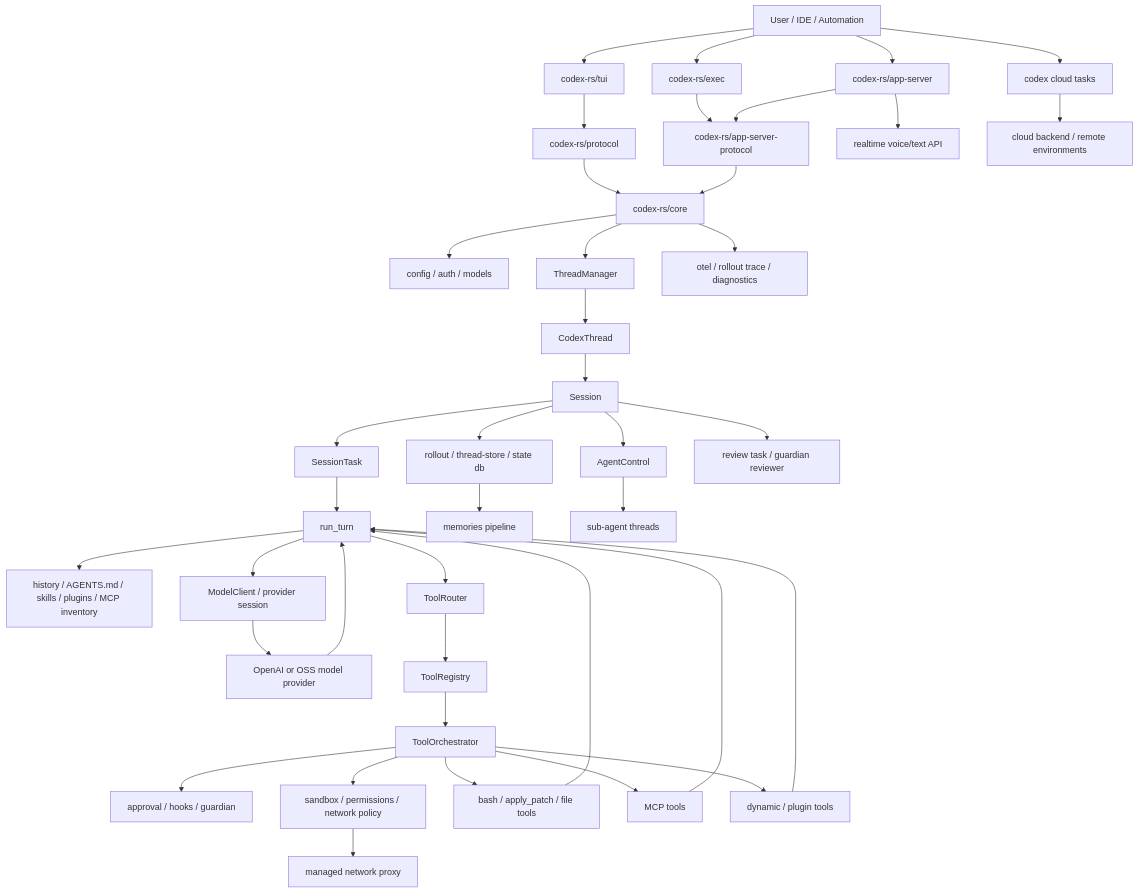
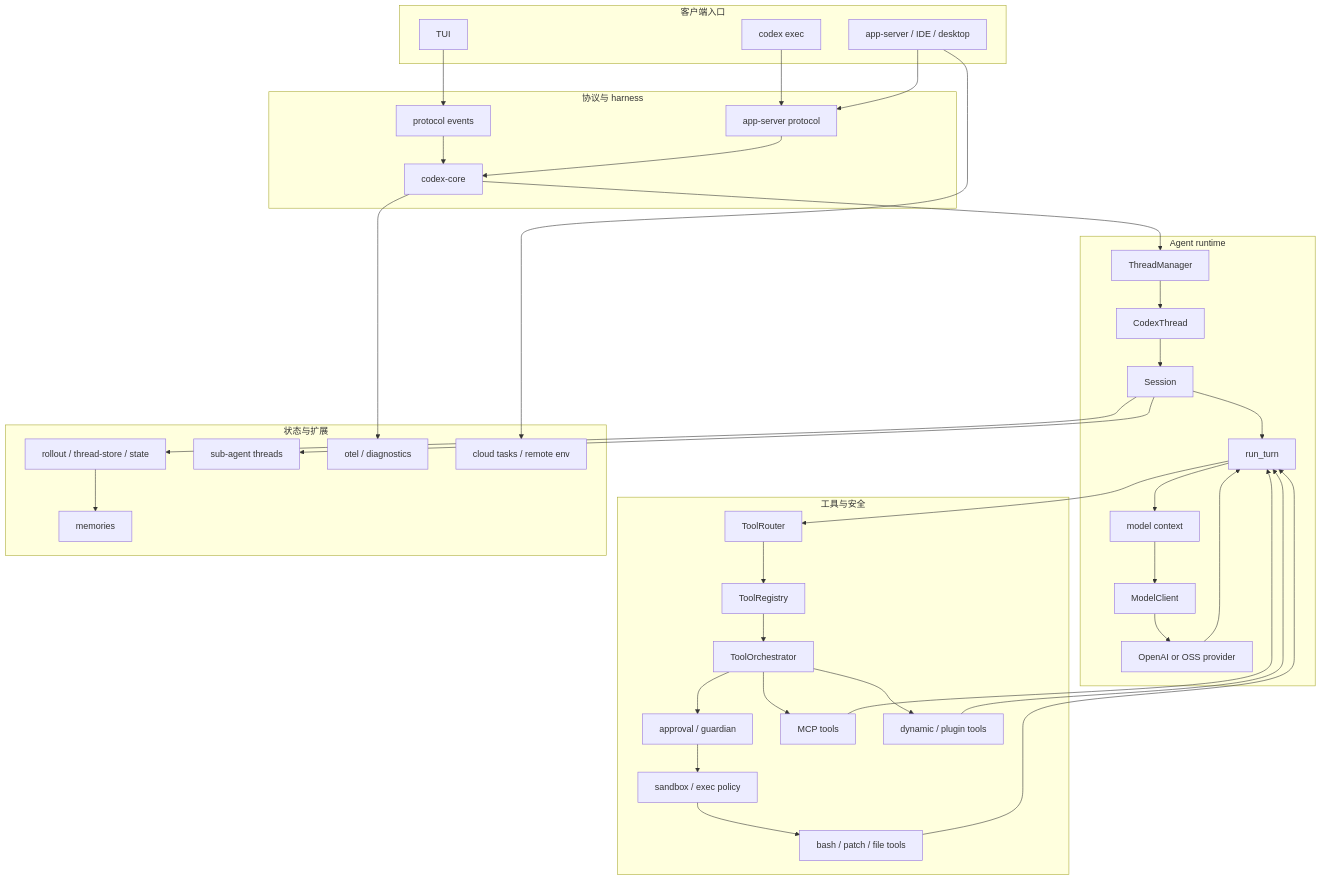
Before and after one commit to GLBB/codex: the diagram in learning/codex/production-coding-agent-overview.md, drawn with Mermaid. The commit also changed other lines of this file, not shown here.

Commit message:
docs: clarify Codex agent architecture overview

````diff
--- a/learning/codex/production-coding-agent-overview.md
+++ b/learning/codex/production-coding-agent-overview.md
@@ -58,52 +68,76 @@
 ```mermaid
-flowchart TD
-    User[User / IDE / Automation]
+graph TD
+    subgraph Clients["客户端入口"]
+        TUI["TUI"]
+        Exec["codex exec"]
+        AppServer["app-server / IDE / desktop"]
+    end
 
-    User --> TUI[codex-rs/tui]
-    User --> Exec[codex-rs/exec]
-    User --> AppServer[codex-rs/app-server]
+    subgraph Harness["协议与 harness"]
+        Protocol["protocol events"]
+        AppProtocol["app-server protocol"]
+        Core["codex-core"]
+    end
 
-    TUI --> Protocol[codex-rs/protocol]
-    Exec --> AppServerProtocol[codex-rs/app-server-protocol]
-    AppServer --> AppServerProtocol
+    subgraph Runtime["Agent runtime"]
+        ThreadManager["ThreadManager"]
+        CodexThread["CodexThread"]
+        Session["Session"]
+        Turn["run_turn"]
+        Context["model context"]
+        ModelClient["ModelClient"]
+        Model["OpenAI or OSS provider"]
+    end
 
-    Protocol --> Core[codex-rs/core]
-    AppServerProtocol --> Core
+    subgraph Tools["工具与安全"]
+        Router["ToolRouter"]
+        Registry["ToolRegistry"]
+        Orchestrator["ToolOrchestrator"]
+        Approval["approval / guardian"]
+        Sandbox["sandbox / exec policy"]
+        Builtins["bash / patch / file tools"]
+        MCP["MCP tools"]
+        Dynamic["dynamic / plugin tools"]
+    end
 
-    Core --> ConfigAuth[config / auth / models]
-    Core --> ThreadManager[ThreadManager]
-    ThreadManager --> CodexThread[CodexThread]
-    CodexThread --> Session[Session]
-    Session --> SessionTask[SessionTask]
-    SessionTask --> RunTurn[run_turn]
+    subgraph State["状态与扩展"]
+        Store["rollout / thread-store / state"]
+        Memories["memories"]
+        Agents["sub-agent threads"]
+        Telemetry["otel / diagnostics"]
+        Cloud["cloud tasks / remote env"]
+    end
 
-    RunTurn --> Context[history / AGENTS.md / skills / plugins / MCP inventory]
-    RunTurn --> ModelClient[ModelClient / provider session]
-    ModelClient --> Model[OpenAI or OSS model provider]
-    Model --> RunTurn
+    TUI --> Protocol
+    Exec --> AppProtocol
+    AppServer --> AppProtocol
+    Protocol --> Core
+    AppProtocol --> Core
 
-    RunTurn --> ToolRouter[ToolRouter]
-    ToolRouter --> ToolRegistry[ToolRegistry]
-    ToolRegistry --> Orchestrator[ToolOrchestrator]
+    Core --> ThreadManager
+    ThreadManager --> CodexThread
+    CodexThread --> Session
+    Session --> Turn
+    Turn --> Context
+    Context --> ModelClient
+    ModelClient --> Model
+    Model --> Turn
 
-    Orchestrator --> Approval[approval / hooks / guardian]
-    Orchestrator --> Sandbox[sandbox / permissions / network policy]
-    Sandbox --> NetworkProxy[managed network proxy]
-    Orchestrator --> BuiltinTools[bash / apply_patch / file tools]
-    Orchestrator --> MCPTools[MCP tools]
-    Orchestrator --> DynamicTools[dynamic / plugin tools]
+    Turn --> Router
+    Router --> Registry
+    Registry --> Orchestrator
+    Orchestrator --> Approval
+    Approval --> Sandbox
+    Sandbox --> Builtins
+    Builtins --> Turn
+    Orchestrator --> MCP
+    MCP --> Turn
+    Orchestrator --> Dynamic
+    Dynamic --> Turn
 
-    BuiltinTools --> RunTurn
-    MCPTools --> RunTurn
-    DynamicTools --> RunTurn
-
-    Session --> Rollout[rollout / thread-store / state db]
-    Rollout --> Memories[memories pipeline]
-    Session --> AgentControl[AgentControl]
-    AgentControl --> SubAgents[sub-agent threads]
-    Session --> Review[review task / guardian reviewer]
-    AppServer --> Realtime[realtime voice/text API]
-    User --> CloudTasks[codex cloud tasks]
-    CloudTasks --> CloudBackend[cloud backend / remote environments]
-    Core --> OTel[otel / rollout trace / diagnostics]
+    Session --> Store
+    Store --> Memories
+    Session --> Agents
+    Core --> Telemetry
+    AppServer --> Cloud
 ```
````
